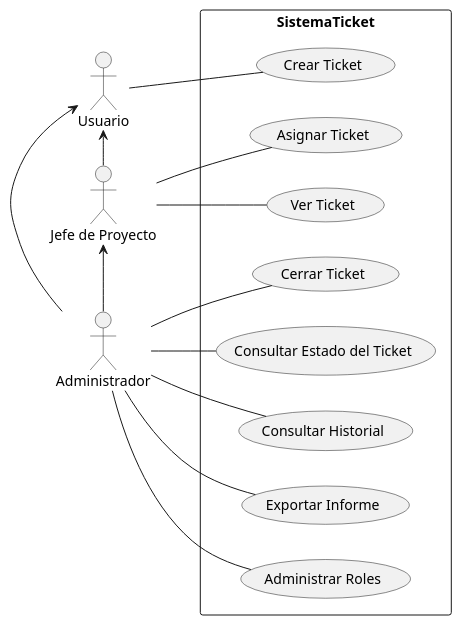
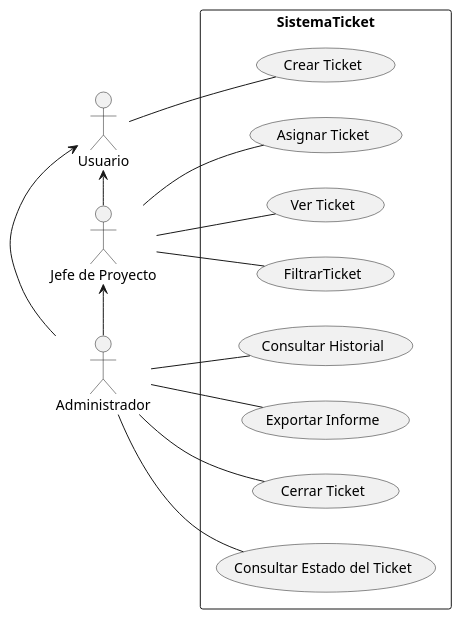
The diagram in modelosUML/CasosDeUsos/CDU SistemaTicket.puml (mmasias/23-24-IdSw1-SDR), drawn with PlantUML before and after one commit. The commit also changed 2 other files, not shown here.

```diff
--- a/modelosUML/CasosDeUsos/CDU SistemaTicket.puml
+++ b/modelosUML/CasosDeUsos/CDU SistemaTicket.puml
@@ -1,23 +1,23 @@
 @startuml
 
 left to right direction
 
 actor "Jefe de Proyecto" as JefeProyecto
 actor Administrador as Admin
 actor Usuario as Usuario
 
 rectangle SistemaTicket{
     Usuario -l- (Crear Ticket)
-    Admin -l-> Usuario
-    Admin -l-> JefeProyecto
-    Admin -- (Consultar Estado del Ticket)
-    Admin -- (Consultar Historial)
-    Admin -- (Exportar Informe)
-    Admin -- (Administrar Roles)
-    Admin -- (Cerrar Ticket)
     JefeProyecto -l-> Usuario
     JefeProyecto -- (Asignar Ticket)
     JefeProyecto -- (Ver Ticket)
+    JefeProyecto -- (FiltrarTicket)
+    Admin -l-> Usuario
+    Admin -l-> JefeProyecto
+    Admin -- (Consultar Historial)
+    Admin -- (Exportar Informe)
+    Admin -- (Cerrar Ticket)
+    Admin -- (Consultar Estado del Ticket)
 }
 
 @enduml
```
